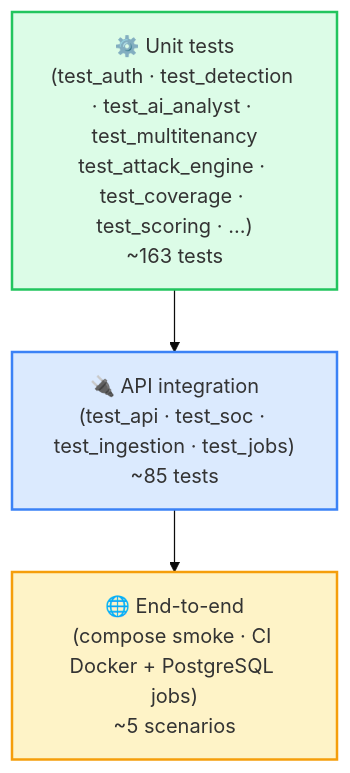
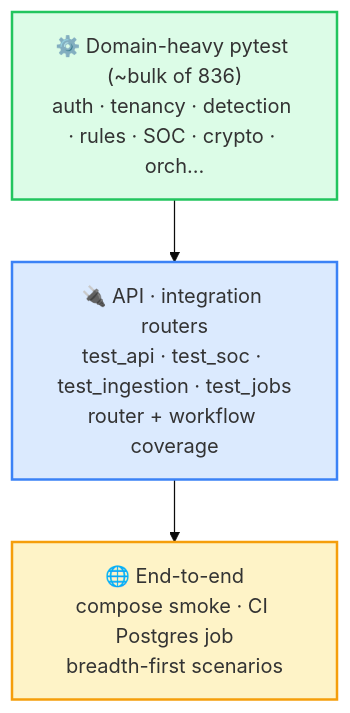
Diagram 18 of 19 in README.md (omarbabba779xx/CyberTwin-SOC), drawn with Mermaid (base theme) before and after one commit. The commit also changed other lines of this file and 6 other files, not shown here.

````diff
--- a/README.md
+++ b/README.md
@@ -1223,15 +1240,15 @@
 ```mermaid
 flowchart TB
-    E2E["🌐 End-to-end<br/>(compose smoke · CI Docker + PostgreSQL jobs)<br/>~5 scenarios"]
-    API["🔌 API integration<br/>(test_api · test_soc · test_ingestion · test_jobs)<br/>~85 tests"]
-    UNIT["⚙️ Unit tests<br/>(test_auth · test_detection · test_ai_analyst · test_multitenancy<br/>test_attack_engine · test_coverage · test_scoring · …)<br/>~163 tests"]
+    E2E["🌐 End-to-end<br/>compose smoke · CI Postgres job<br/>breadth-first scenarios"]
+    API["🔌 API · integration routers<br/>test_api · test_soc · test_ingestion · test_jobs<br/>router + workflow coverage"]
+    UNIT["⚙️ Domain-heavy pytest (~bulk of 836)<br/>auth · tenancy · detection · rules · SOC · crypto · orch…"]
 
     UNIT --> API --> E2E
 
     classDef u fill:#dcfce7,stroke:#22c55e,stroke-width:2px
     classDef a fill:#dbeafe,stroke:#3b82f6,stroke-width:2px
     classDef e fill:#fef3c7,stroke:#f59e0b,stroke-width:2px
     class UNIT u
     class API a
     class E2E e
 ```
````
